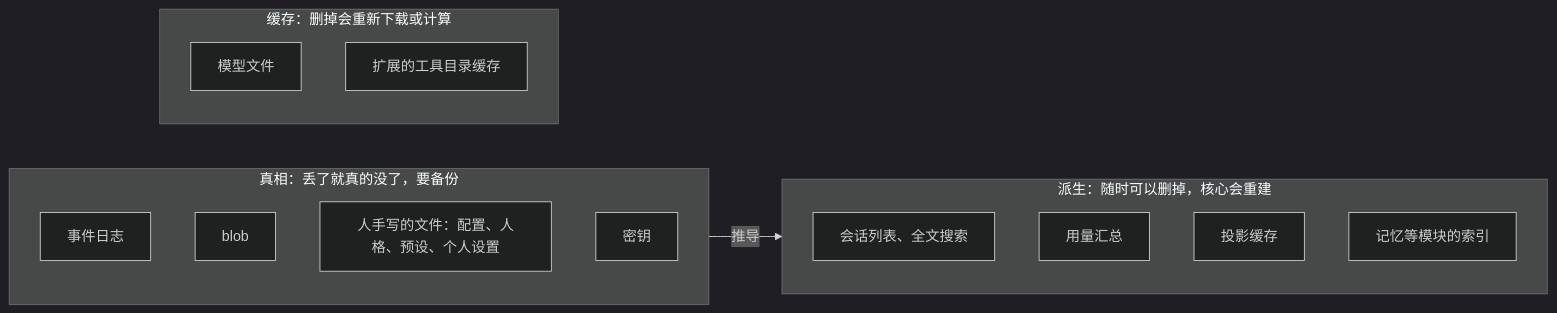
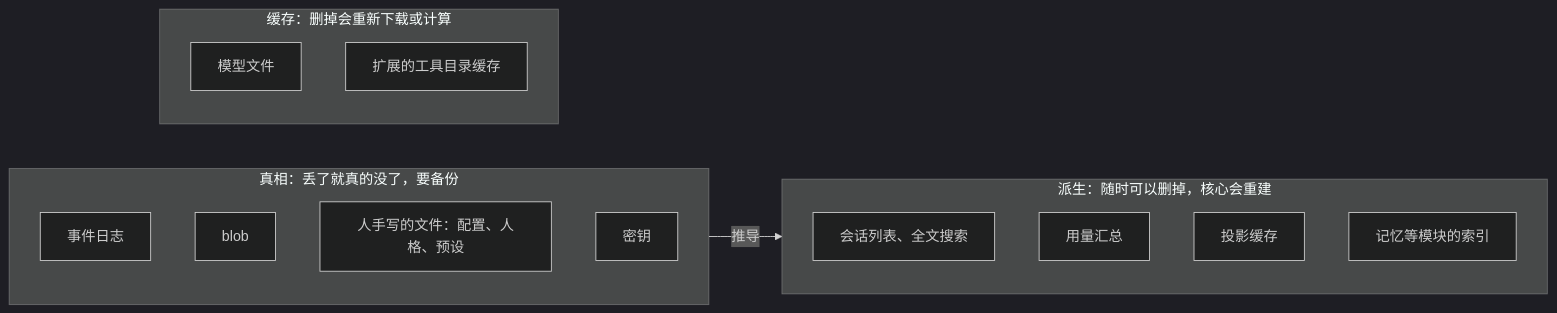
One commit to miyu-agent/miyu changed the first of 2 diagrams in docs/designs/07-存储.md. Above: the diagram before and after it, drawn with Mermaid (dark theme). The commit also changed other lines of this file and 133 other files, not shown here.

First line of the commit message:
docs(文档): 参考、蓝图、设计都照只给一个人用写，设计 06 标作废 (SU-6 中)

````diff
--- a/docs/designs/07-存储.md
+++ b/docs/designs/07-存储.md
@@ -7,23 +7,23 @@
 ```mermaid
 flowchart LR
     subgraph truth["真相：丢了就真的没了，要备份"]
         direction TB
         t1["事件日志"]
         t2["blob"]
-        t3["人手写的文件：配置、人格、预设、个人设置"]
+        t3["人手写的文件：配置、人格、预设"]
         t4["密钥"]
     end
     subgraph derived["派生：随时可以删掉，核心会重建"]
         direction TB
         d1["会话列表、全文搜索"]
         d2["用量汇总"]
         d3["投影缓存"]
         d4["记忆等模块的索引"]
     end
     subgraph cache["缓存：删掉会重新下载或计算"]
         direction TB
         c1["模型文件"]
         c2["扩展的工具目录缓存"]
     end
     truth -- "推导" --> derived
 ```
````
